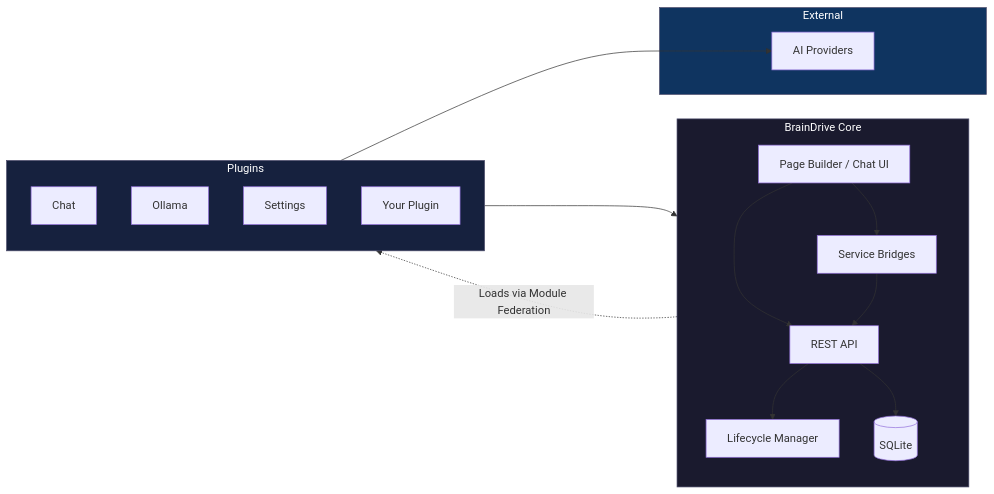
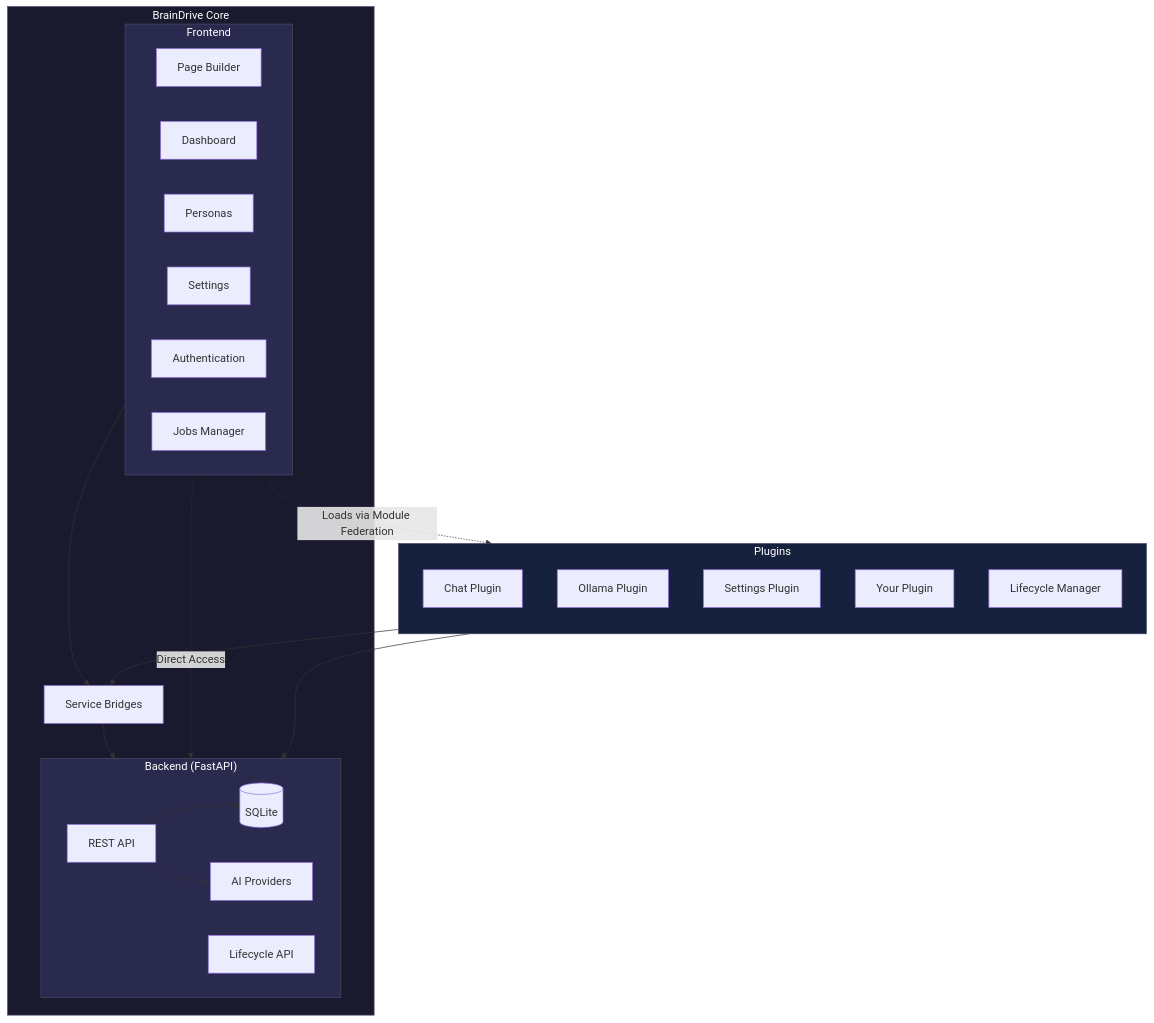
Before and after one commit to BrainDriveAI/BrainDrive-Core: the diagram in README.md, drawn with Mermaid.

Commit message:
Update architecture diagram with accurate component structure
- Separate Frontend and Backend sections within Core
- Add all frontend components: Page Builder, Dashboard, Personas, Settings, Authentication, Jobs Manager
- Move Lifecycle Manager to Plugins (each plugin has one)
- Move AI Providers to Backend (not external)
- Add Lifecycle API as backend endpoint group
- Show plugins connecting via Service Bridges
- Show core's direct API access capability

````diff
--- a/README.md
+++ b/README.md
@@ -81,37 +81,48 @@
 ```mermaid
-flowchart LR
+flowchart TB
     subgraph Core ["BrainDrive Core"]
-        direction TB
-        UI[Page Builder / Chat UI]
+        subgraph Frontend ["Frontend"]
+            direction LR
+            PB[Page Builder]
+            DASH[Dashboard]
+            PERS[Personas]
+            SET[Settings]
+            AUTH[Authentication]
+            JOBS[Jobs Manager]
+        end
+
         SB[Service Bridges]
-        API[REST API]
-        LM[Lifecycle Manager]
-        DB[(SQLite)]
 
-        UI --> SB
-        UI --> API
+        subgraph Backend ["Backend (FastAPI)"]
+            direction LR
+            API[REST API]
+            LCAPI[Lifecycle API]
+            AIPROV[AI Providers]
+            DB[(SQLite)]
+        end
+
+        Frontend --> SB
+        Frontend -.->|Direct Access| API
         SB --> API
-        API --> LM
         API --> DB
+        API --> AIPROV
     end
 
     subgraph Plugins ["Plugins"]
         direction TB
-        P1[Chat]
-        P2[Ollama]
-        P3[Settings]
+        P1[Chat Plugin]
+        P2[Ollama Plugin]
+        P3[Settings Plugin]
         P4[Your Plugin]
+        LM[Lifecycle Manager]
     end
 
-    subgraph Ext ["External"]
-        AI[AI Providers]
-    end
-
-    UI -.->|Loads via Module Federation| Plugins
-    P1 --> API
-    P2 --> AI
+    Frontend -.->|Loads via Module Federation| Plugins
+    Plugins --> SB
+    LM --> LCAPI
 
     style Core fill:#1a1a2e,stroke:#4a4a6a,color:#fff
+    style Frontend fill:#2a2a4e,stroke:#4a4a6a,color:#fff
+    style Backend fill:#2a2a4e,stroke:#4a4a6a,color:#fff
     style Plugins fill:#16213e,stroke:#4a4a6a,color:#fff
-    style Ext fill:#0f3460,stroke:#4a4a6a,color:#fff
 ```
````
